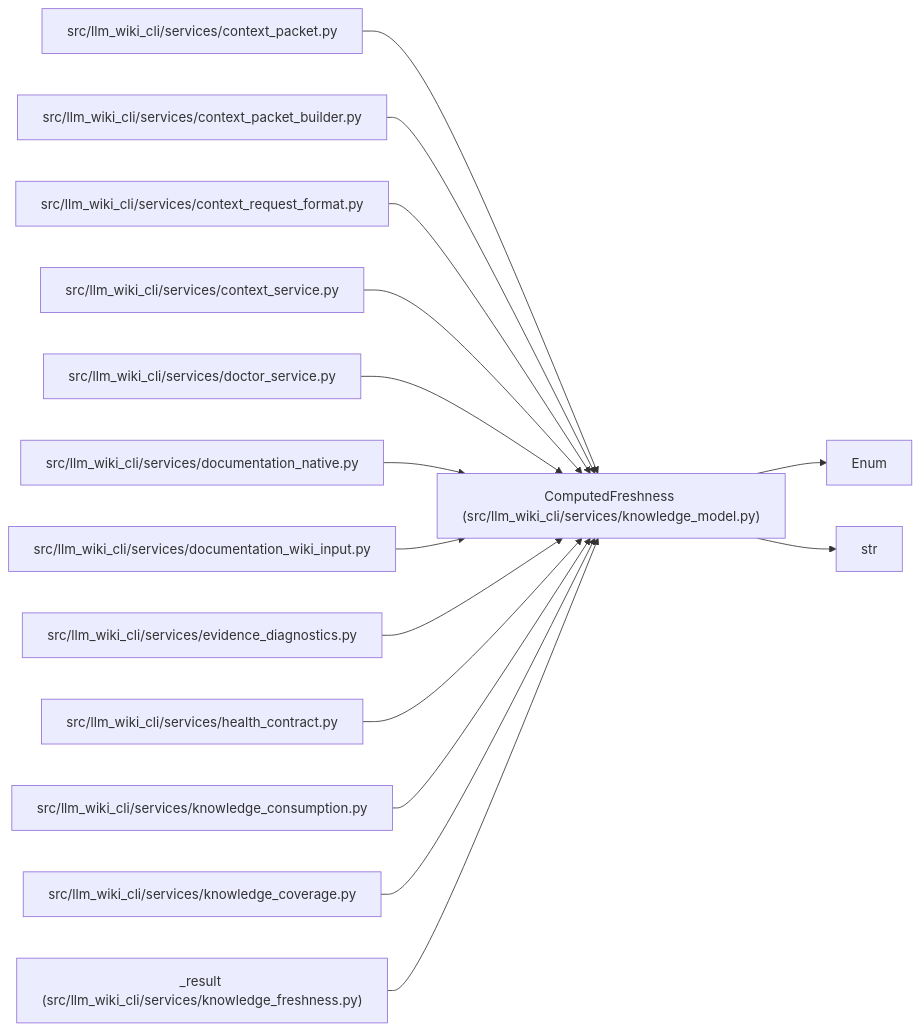
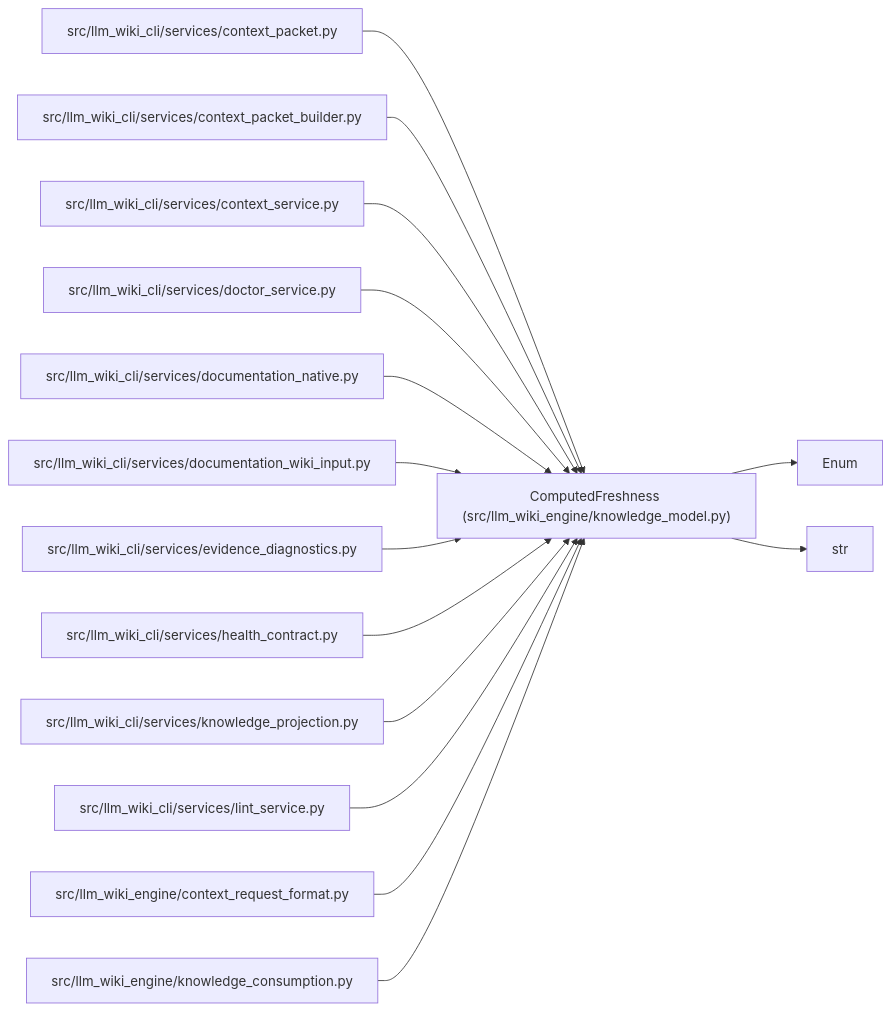
Before and after one commit to Denissvgn/python-wiki-llm: the diagram in docs/llm_wiki/entities/ComputedFreshness.md, drawn with Mermaid. The commit also changed other lines of this file and 1058 other files, not shown here.

First line of the commit message:
docs: refresh the wiki for the knowledge store move

````diff
--- a/docs/llm_wiki/entities/ComputedFreshness.md
+++ b/docs/llm_wiki/entities/ComputedFreshness.md
@@ -30,45 +30,45 @@
 ```mermaid
 flowchart LR
-    n0["ComputedFreshness (src/llm_wiki_cli/services/knowledge_model.py)"]
+    n0["ComputedFreshness (src/llm_wiki_engine/knowledge_model.py)"]
     n1["Enum"]
     n2["str"]
     n3["src/llm_wiki_cli/services/context_packet.py"]
     n4["src/llm_wiki_cli/services/context_packet_builder.py"]
-    n5["src/llm_wiki_cli/services/context_request_format.py"]
-    n6["src/llm_wiki_cli/services/context_service.py"]
-    n7["src/llm_wiki_cli/services/doctor_service.py"]
-    n8["src/llm_wiki_cli/services/documentation_native.py"]
-    n9["src/llm_wiki_cli/services/documentation_wiki_input.py"]
-    n10["src/llm_wiki_cli/services/evidence_diagnostics.py"]
-    n11["src/llm_wiki_cli/services/health_contract.py"]
-    n12["src/llm_wiki_cli/services/knowledge_consumption.py"]
-    n13["src/llm_wiki_cli/services/knowledge_coverage.py"]
-    n14["_result (src/llm_wiki_cli/services/knowledge_freshness.py)"]
+    n5["src/llm_wiki_cli/services/context_service.py"]
+    n6["src/llm_wiki_cli/services/doctor_service.py"]
+    n7["src/llm_wiki_cli/services/documentation_native.py"]
+    n8["src/llm_wiki_cli/services/documentation_wiki_input.py"]
+    n9["src/llm_wiki_cli/services/evidence_diagnostics.py"]
+    n10["src/llm_wiki_cli/services/health_contract.py"]
+    n11["src/llm_wiki_cli/services/knowledge_projection.py"]
+    n12["src/llm_wiki_cli/services/lint_service.py"]
+    n13["src/llm_wiki_engine/context_request_format.py"]
+    n14["src/llm_wiki_engine/knowledge_consumption.py"]
     n0 --> n1
     n0 --> n2
     n3 --> n0
     n4 --> n0
     n5 --> n0
     n6 --> n0
     n7 --> n0
     n8 --> n0
     n9 --> n0
     n10 --> n0
     n11 --> n0
     n12 --> n0
     n13 --> n0
     n14 --> n0
     click n0 "../modules/knowledge_model.md"
     click n3 "../modules/context_packet.md"
     click n4 "../modules/context_packet_builder.md"
-    click n5 "../modules/context_request_format.md"
-    click n6 "../modules/context_service.md"
-    click n7 "../modules/doctor_service.md"
-    click n8 "../modules/documentation_native.md"
-    click n9 "../modules/documentation_wiki_input.md"
-    click n10 "../modules/evidence_diagnostics.md"
-    click n11 "../modules/health_contract.md"
-    click n12 "../modules/knowledge_consumption.md"
-    click n13 "../modules/knowledge_coverage.md"
-    click n14 "../modules/knowledge_freshness.md"
+    click n5 "../modules/context_service.md"
+    click n6 "../modules/doctor_service.md"
+    click n7 "../modules/documentation_native.md"
+    click n8 "../modules/documentation_wiki_input.md"
+    click n9 "../modules/evidence_diagnostics.md"
+    click n10 "../modules/health_contract.md"
+    click n11 "../modules/knowledge_projection.md"
+    click n12 "../modules/lint_service.md"
+    click n13 "../modules/context_request_format.md"
+    click n14 "../modules/knowledge_consumption.md"
 ```
````
